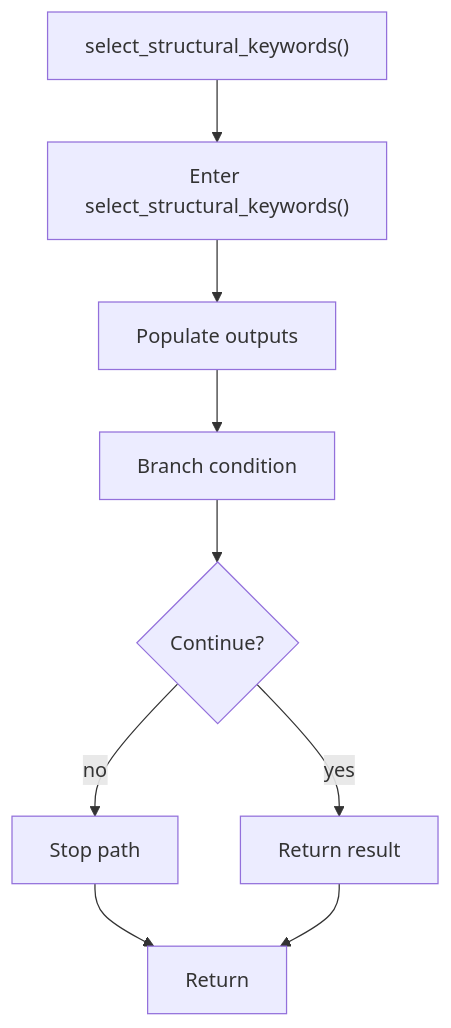
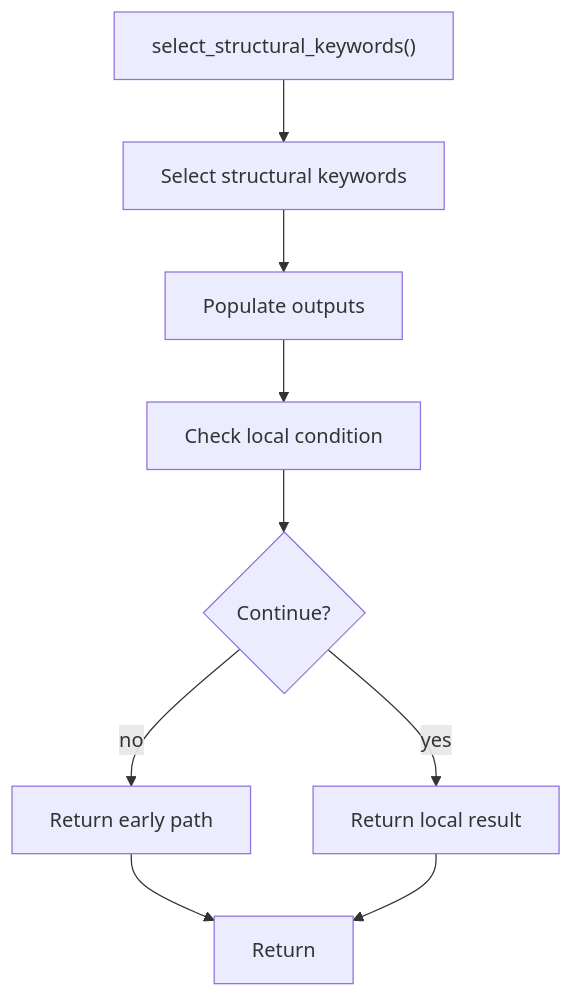
One commit to JohnAndrewBalbarosa/NeoTerritory changed the diagram in docs/Codebase/Microservice/Modules/Source/Analysis/Lexical/StructuralHooks/Flow/functions/select_structural_keywords.cpp.md. Above: the diagram before and after it, drawn with Mermaid. The commit also changed other lines of this file and 915 other files, not shown here.

````diff
--- a/docs/Codebase/Microservice/Modules/Source/Analysis/Lexical/StructuralHooks/Flow/functions/select_structural_keywords.cpp.md
+++ b/docs/Codebase/Microservice/Modules/Source/Analysis/Lexical/StructuralHooks/Flow/functions/select_structural_keywords.cpp.md
@@ -18,19 +18,19 @@
 ```mermaid
 flowchart TD
     Start["select_structural_keywords()"]
-    N0["Enter select_structural_keywords()"]
+    N0["Select structural keywords"]
     N1["Populate outputs"]
-    N2["Branch condition"]
+    N2["Check local condition"]
     D2{"Continue?"}
-    R2["Stop path"]
-    N3["Return result"]
+    R2["Return early path"]
+    N3["Return local result"]
     End["Return"]
     Start --> N0
     N0 --> N1
     N1 --> N2
     N2 --> D2
     D2 -->|yes| N3
     D2 -->|no| R2
     R2 --> End
     N3 --> End
 ```
````
